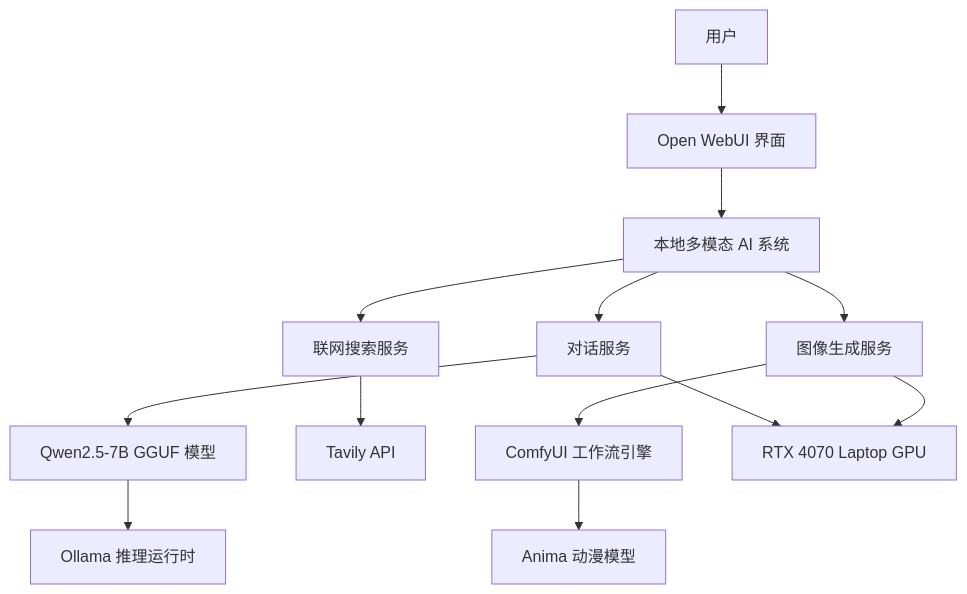
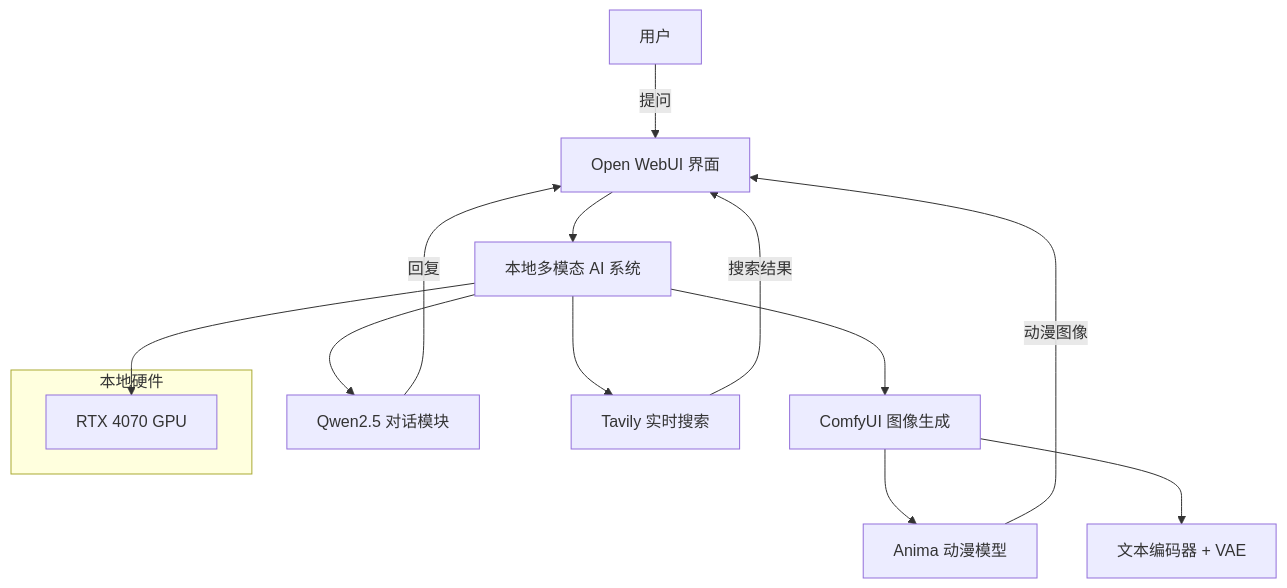
The diagram in README_ZH.md (tianchenhu/local-llm-aigc-assistant), drawn with Mermaid before and after one commit.

````diff
--- a/README_ZH.md
+++ b/README_ZH.md
@@ -18,21 +18,18 @@
 ```mermaid
-flowchart TD
+graph TD
+    A[用户] -->|提问| B[Open WebUI 界面]
+    B --> C[本地多模态 AI 系统]
+    C --> D[Qwen2.5 对话模块]
+    C --> E[Tavily 实时搜索]
+    C --> F[ComfyUI 图像生成]
+    F --> G[Anima 动漫模型]
+    F --> H[文本编码器 + VAE]
+    D -->|回复| B
+    E -->|搜索结果| B
+    G -->|动漫图像| B
+    subgraph "本地硬件"
+        I[RTX 4070 GPU]
+    end
+    C --> I
 
-用户[用户] --> Web界面[Open WebUI 界面]
-
-Web界面 --> 系统[本地多模态 AI 系统]
-
-系统 --> 对话服务[对话服务]
-对话服务 --> Qwen[Qwen2.5-7B GGUF 模型]
-Qwen --> Ollama[Ollama 推理运行时]
-
-系统 --> 搜索服务[联网搜索服务]
-搜索服务 --> Tavily[Tavily API]
-
-系统 --> 图像服务[图像生成服务]
-图像服务 --> ComfyUI[ComfyUI 工作流引擎]
-ComfyUI --> Anima[Anima 动漫模型]
-
-对话服务 --> GPU[RTX 4070 Laptop GPU]
-图像服务 --> GPU
 ```
````
